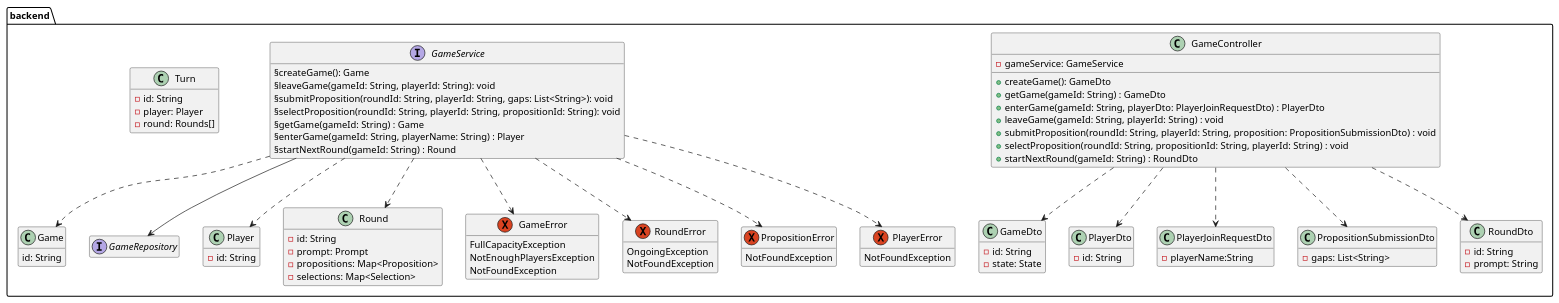
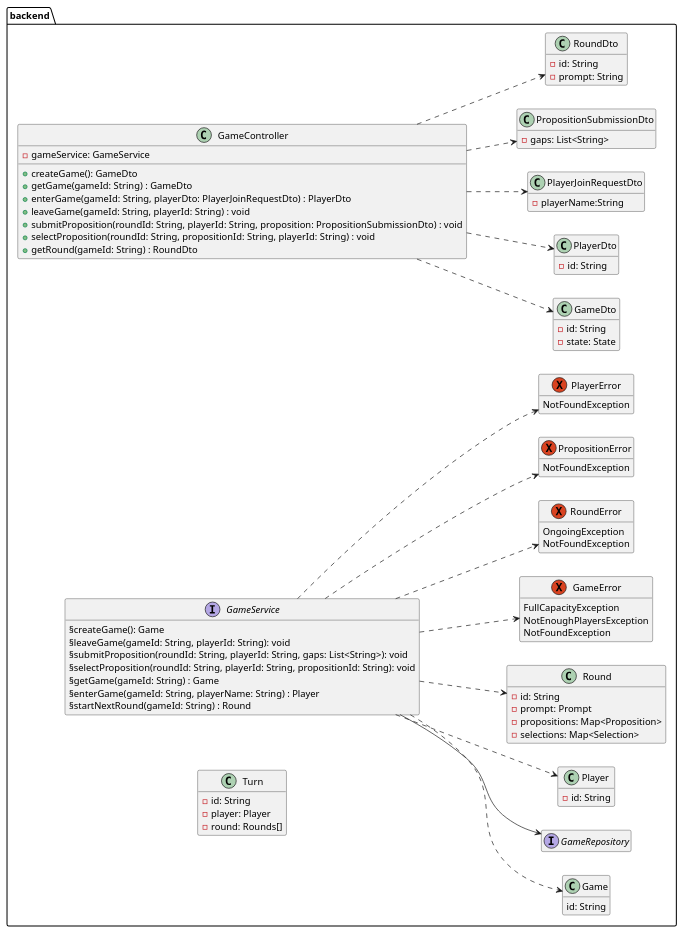
Before and after one commit to patrickwinti/worldwidewalter: the diagram in docs/diagrams/class_diagramm.plantuml, drawn with PlantUML. The commit also changed 2 other files, not shown here.

```diff
--- a/docs/diagrams/class_diagramm.plantuml
+++ b/docs/diagrams/class_diagramm.plantuml
@@ -1,89 +1,91 @@
 @startuml
 package backend{
+    left to right direction
+
     hide empty members
     class GameController {
         -gameService: GameService
         +createGame(): GameDto
         +getGame(gameId: String) : GameDto
         +enterGame(gameId: String, playerDto: PlayerJoinRequestDto) : PlayerDto
         +leaveGame(gameId: String, playerId: String) : void
         +submitProposition(roundId: String, playerId: String, proposition: PropositionSubmissionDto) : void
         +selectProposition(roundId: String, propositionId: String, playerId: String) : void
-        +startNextRound(gameId: String) : RoundDto
+        +getRound(gameId: String) : RoundDto
     }
     class GameDto {
         -id: String
         -state: State
     }
     class Game {
         id: String
     }
     interface GameService{
        §createGame(): Game
        §leaveGame(gameId: String, playerId: String): void
        §submitProposition(roundId: String, playerId: String, gaps: List<String>): void
        §selectProposition(roundId: String, playerId: String, propositionId: String): void
        §getGame(gameId: String) : Game
        §enterGame(gameId: String, playerName: String) : Player
        §startNextRound(gameId: String) : Round
     }
     interface GameRepository
     class PlayerDto {
         -id: String
     }
     class PlayerJoinRequestDto {
         -playerName:String
     }
     class PropositionSubmissionDto {
         -gaps: List<String>
     }
     class RoundDto {
         -id: String
         -prompt: String
     }
     class Player {
         -id: String
     }
     class Turn {
         -id: String
         -player: Player
         -round: Rounds[]
     }
     class Round {
         -id: String
         -prompt: Prompt
         -propositions: Map<Proposition>
         -selections: Map<Selection>
     }
     exception GameError {
         FullCapacityException
         NotEnoughPlayersException
         NotFoundException
     }
     exception RoundError {
         OngoingException
         NotFoundException
     }
     exception PropositionError {
         NotFoundException
     }
     exception PlayerError {
         NotFoundException
     }
 
     GameController..>PlayerDto
     GameController..>PlayerJoinRequestDto
     GameController..>PropositionSubmissionDto
     GameController..>RoundDto
     GameController ..> GameDto
 
     GameService ..> Game
     GameService ..> Round
     GameService ..> Player
     GameService ..> GameError
     GameService ..> RoundError
     GameService ..> PlayerError
     GameService ..> PropositionError
     GameService --> GameRepository
 }
 @enduml
```
